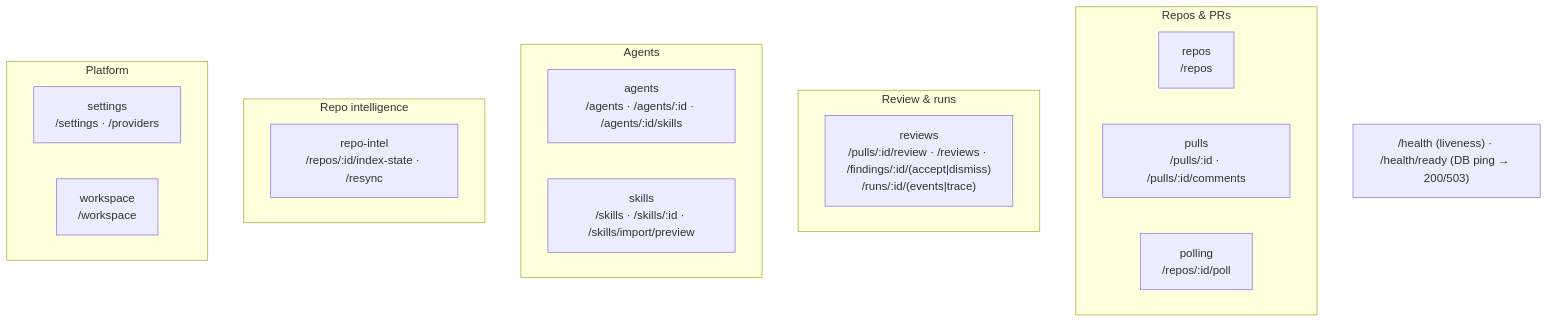
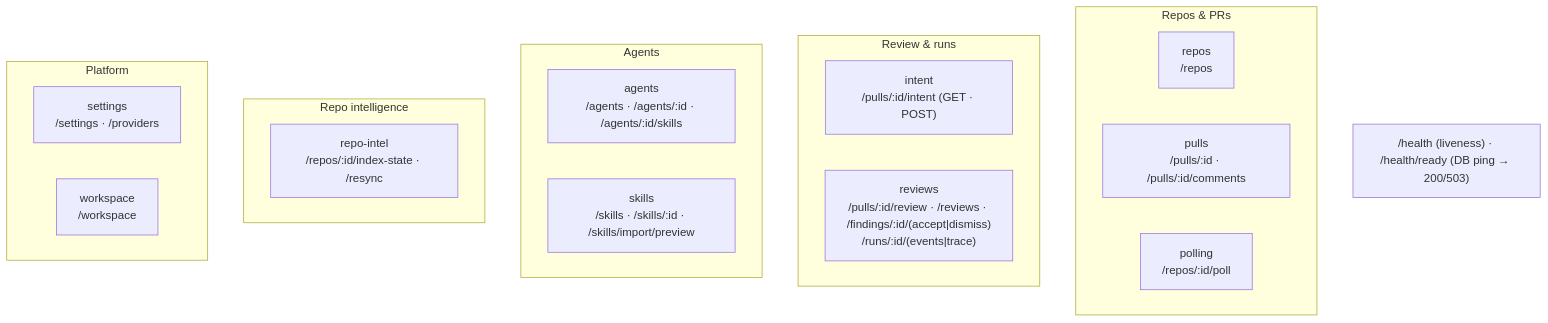
Before and after one commit to natalia-zakalyk/dev-digest: the second of 2 diagrams in server/README.md, drawn with Mermaid. The commit also changed other lines of this file and 96 other files, not shown here.

````diff
--- a/server/README.md
+++ b/server/README.md
@@ -64,23 +66,24 @@
 ```mermaid
 flowchart TB
   subgraph Repos_PRs["Repos & PRs"]
     repos["repos<br/>/repos"]
     pulls["pulls<br/>/pulls/:id · /pulls/:id/comments"]
     polling["polling<br/>/repos/:id/poll"]
   end
   subgraph Review["Review & runs"]
+    intent["intent<br/>/pulls/:id/intent (GET · POST)"]
     reviews["reviews<br/>/pulls/:id/review · /reviews · /findings/:id/(accept|dismiss)<br/>/runs/:id/(events|trace)"]
   end
   subgraph Agents["Agents"]
     agents["agents<br/>/agents · /agents/:id · /agents/:id/skills"]
     skills["skills<br/>/skills · /skills/:id · /skills/import/preview"]
   end
   subgraph Intel["Repo intelligence"]
     repoIntel["repo-intel<br/>/repos/:id/index-state · /resync"]
   end
   subgraph Platform["Platform"]
     settings["settings<br/>/settings · /providers"]
     workspace["workspace<br/>/workspace"]
   end
   HEALTH["/health (liveness) · /health/ready (DB ping → 200/503)"]
 ```
````
